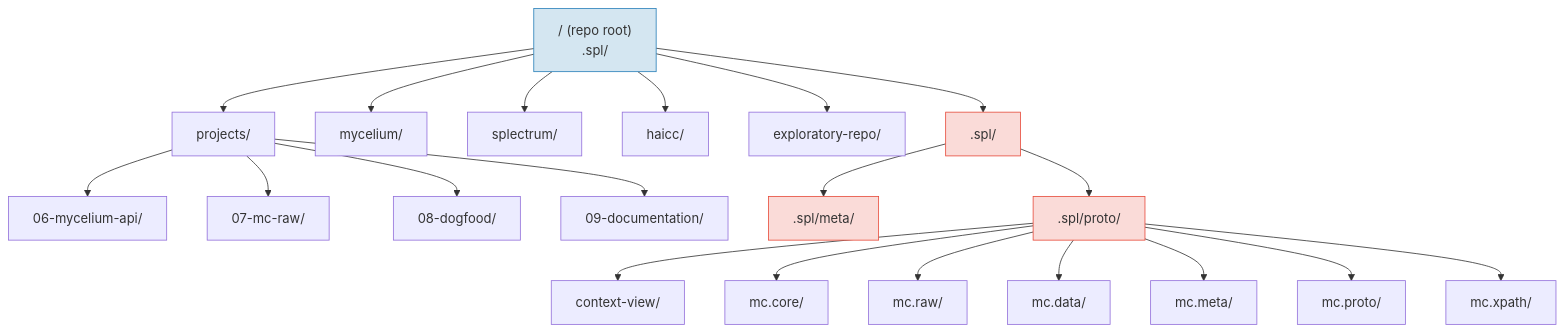
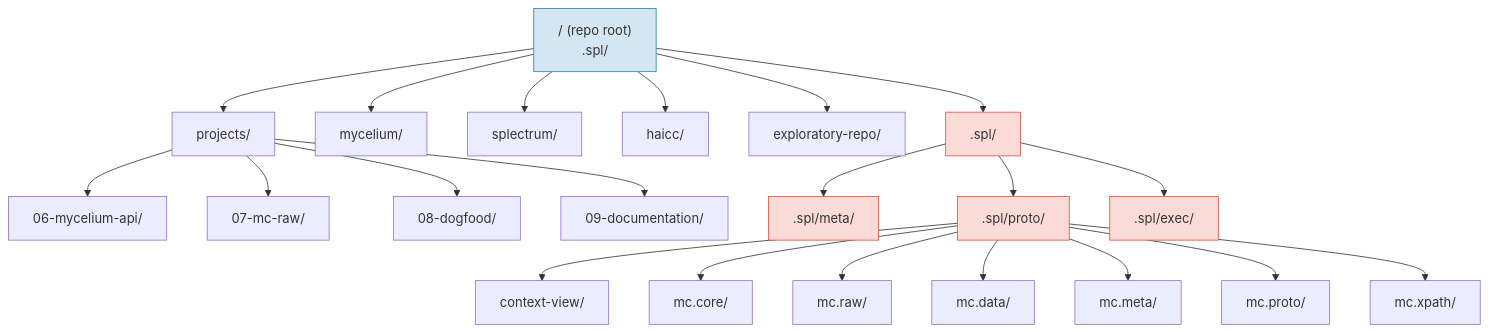
One commit to splectrum/spl4 changed the fifth of 9 diagrams in mycelium/diagrams.md. Above: the diagram before and after it, drawn with Mermaid. The commit also changed 24 other files, not shown here.

````diff
--- a/mycelium/diagrams.md
+++ b/mycelium/diagrams.md
@@ -111,51 +111,54 @@
 ```mermaid
 graph TD
   root["/ (repo root)\n.spl/"]
   projects["projects/"]
   p06["06-mycelium-api/"]
   p07["07-mc-raw/"]
   p08["08-dogfood/"]
   p09["09-documentation/"]
   mycelium["mycelium/"]
   splectrum["splectrum/"]
   haicc["haicc/"]
   exprepo["exploratory-repo/"]
   spl[".spl/"]
   meta[".spl/meta/"]
   proto[".spl/proto/"]
+  exec[".spl/exec/"]
   cv["context-view/"]
   mccore["mc.core/"]
   mcraw["mc.raw/"]
   mcdata["mc.data/"]
   mcmeta["mc.meta/"]
   mcproto["mc.proto/"]
   mcxpath["mc.xpath/"]
 
   root --> projects
   root --> mycelium
   root --> splectrum
   root --> haicc
   root --> exprepo
   root --> spl
 
   projects --> p06
   projects --> p07
   projects --> p08
   projects --> p09
 
   spl --> meta
   spl --> proto
+  spl --> exec
 
   proto --> cv
   proto --> mccore
   proto --> mcraw
   proto --> mcdata
   proto --> mcmeta
   proto --> mcproto
   proto --> mcxpath
 
   style root fill:#d4e6f1,stroke:#2980b9
   style spl fill:#fadbd8,stroke:#e74c3c
   style proto fill:#fadbd8,stroke:#e74c3c
+  style exec fill:#fadbd8,stroke:#e74c3c
   style meta fill:#fadbd8,stroke:#e74c3c
 ```
````
